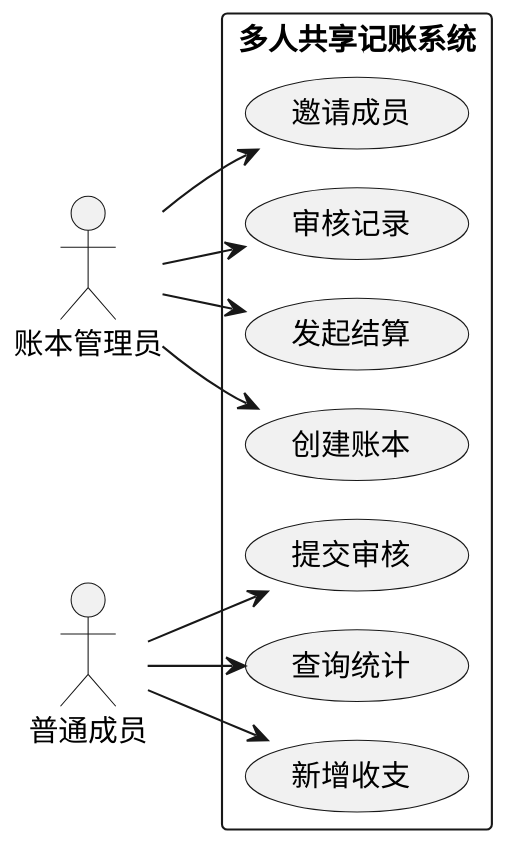
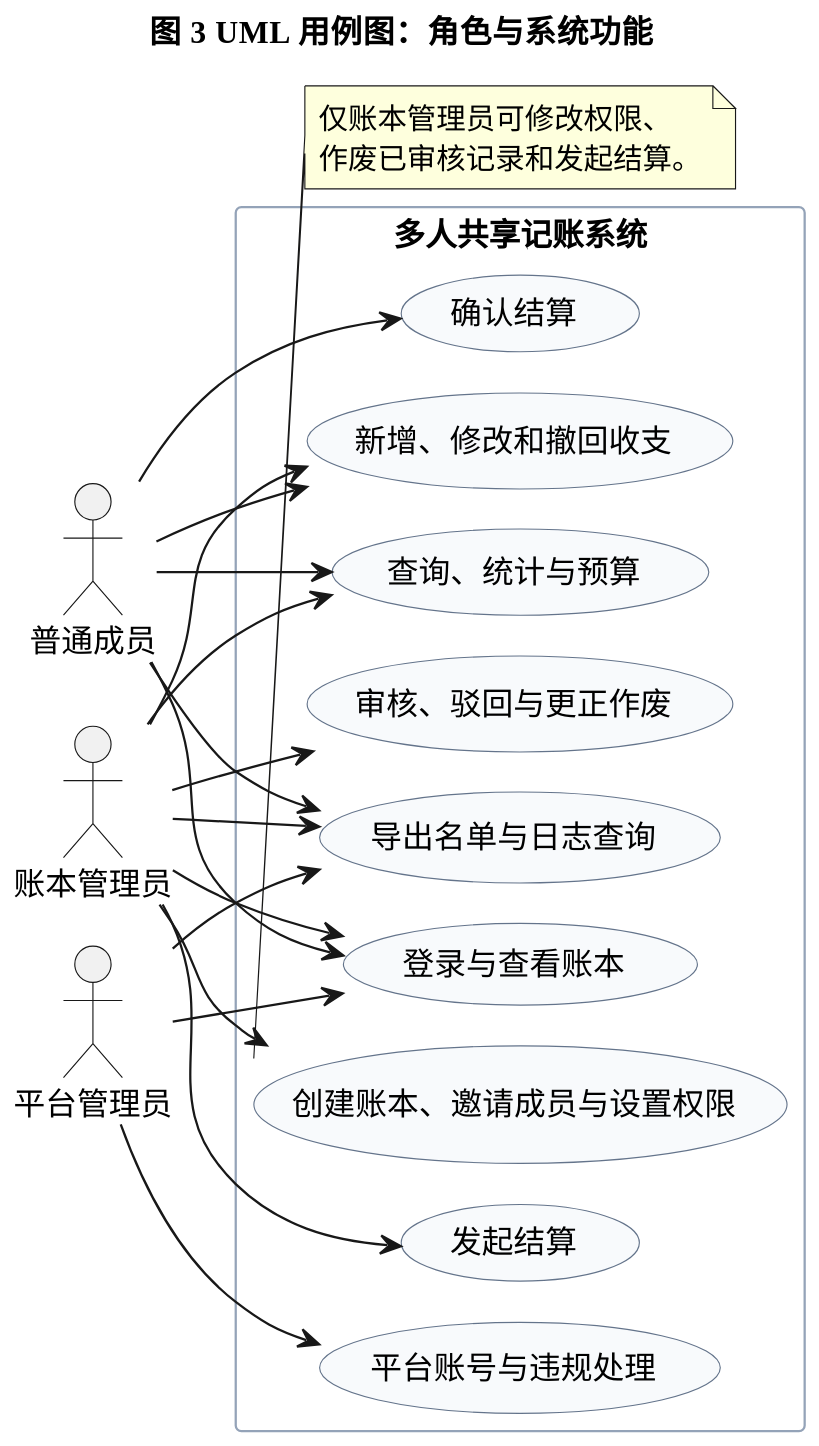
One commit to 1010-code/lab1-requirements-analysis changed the diagram in lab2/UML/UML用例图.puml. Above: the diagram before and after it, drawn with PlantUML. The commit also changed 22 other files, not shown here.

Commit message:
feat: complete lab2 architecture, UI prototypes and report

```diff
--- a/lab2/UML/UML用例图.puml
+++ b/lab2/UML/UML用例图.puml
@@ -1,28 +1,53 @@
 @startuml
 !pragma layout smetana
-skinparam dpi 150
+skinparam dpi 160
 skinparam defaultFontName "Microsoft YaHei"
 skinparam shadowing false
+skinparam packageBorderColor #94A3B8
+skinparam usecaseBackgroundColor #F8FAFC
+skinparam usecaseBorderColor #64748B
+skinparam nodesep 36
+skinparam ranksep 45
 left to right direction
 
-actor "账本管理员" as Admin
+title 图 3  UML 用例图：角色与系统功能
+
 actor "普通成员" as Member
+actor "账本管理员" as LedgerAdmin
+actor "平台管理员" as PlatformAdmin
 
 rectangle "多人共享记账系统" {
-  usecase "创建账本" as UC1
-  usecase "邀请成员" as UC2
-  usecase "新增收支" as UC3
-  usecase "提交审核" as UC4
-  usecase "审核记录" as UC5
-  usecase "查询统计" as UC6
-  usecase "发起结算" as UC7
+  usecase "登录与查看账本" as UC_LOGIN
+  usecase "创建账本、邀请成员与设置权限" as UC_LEDGER
+  usecase "新增、修改和撤回收支" as UC_RECORD
+  usecase "审核、驳回与更正作废" as UC_AUDIT
+  usecase "查询、统计与预算" as UC_QUERY
+  usecase "发起结算" as UC_SETTLE
+  usecase "确认结算" as UC_CONFIRM
+  usecase "导出名单与日志查询" as UC_EXPORT
+  usecase "平台账号与违规处理" as UC_PLATFORM
 }
 
-Admin --> UC1
-Admin --> UC2
-Admin --> UC5
-Admin --> UC7
-Member --> UC3
-Member --> UC4
-Member --> UC6
+Member --> UC_LOGIN
+Member --> UC_RECORD
+Member --> UC_QUERY
+Member --> UC_CONFIRM
+Member --> UC_EXPORT
+
+LedgerAdmin --> UC_LOGIN
+LedgerAdmin --> UC_LEDGER
+LedgerAdmin --> UC_RECORD
+LedgerAdmin --> UC_AUDIT
+LedgerAdmin --> UC_QUERY
+LedgerAdmin --> UC_SETTLE
+LedgerAdmin --> UC_EXPORT
+
+PlatformAdmin --> UC_LOGIN
+PlatformAdmin --> UC_EXPORT
+PlatformAdmin --> UC_PLATFORM
+
+note bottom of UC_LEDGER
+  仅账本管理员可修改权限、
+  作废已审核记录和发起结算。
+end note
 @enduml
```
